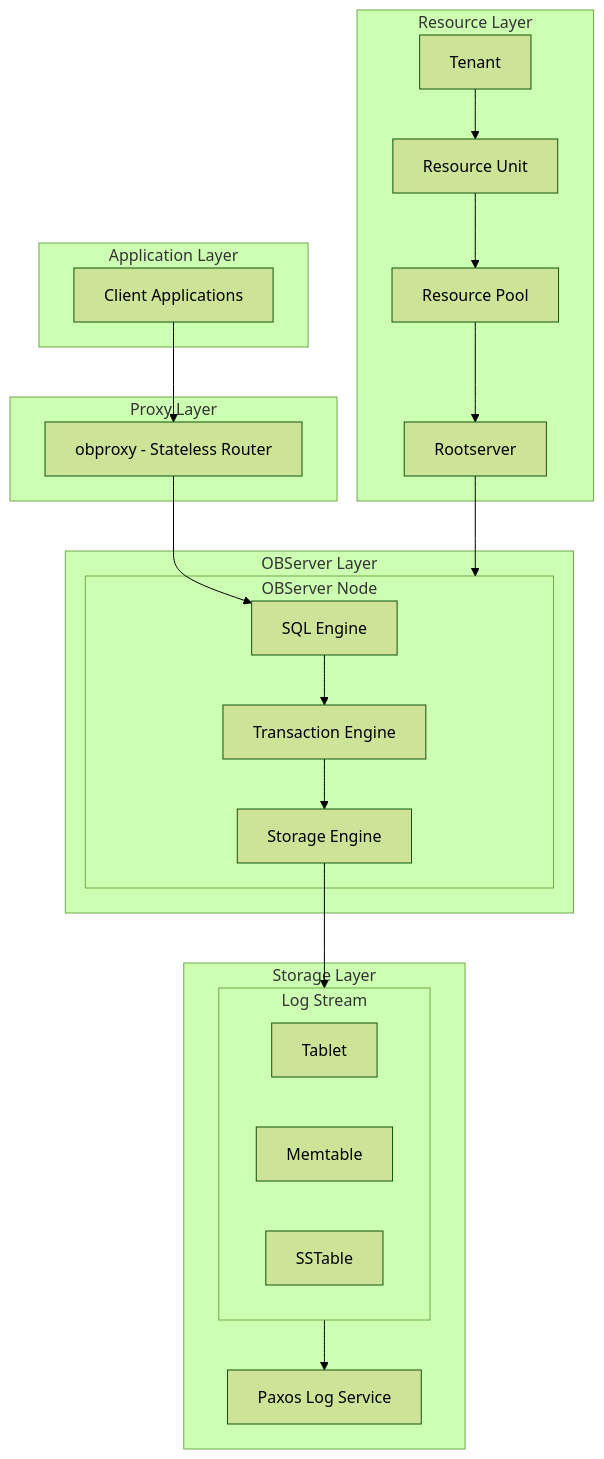
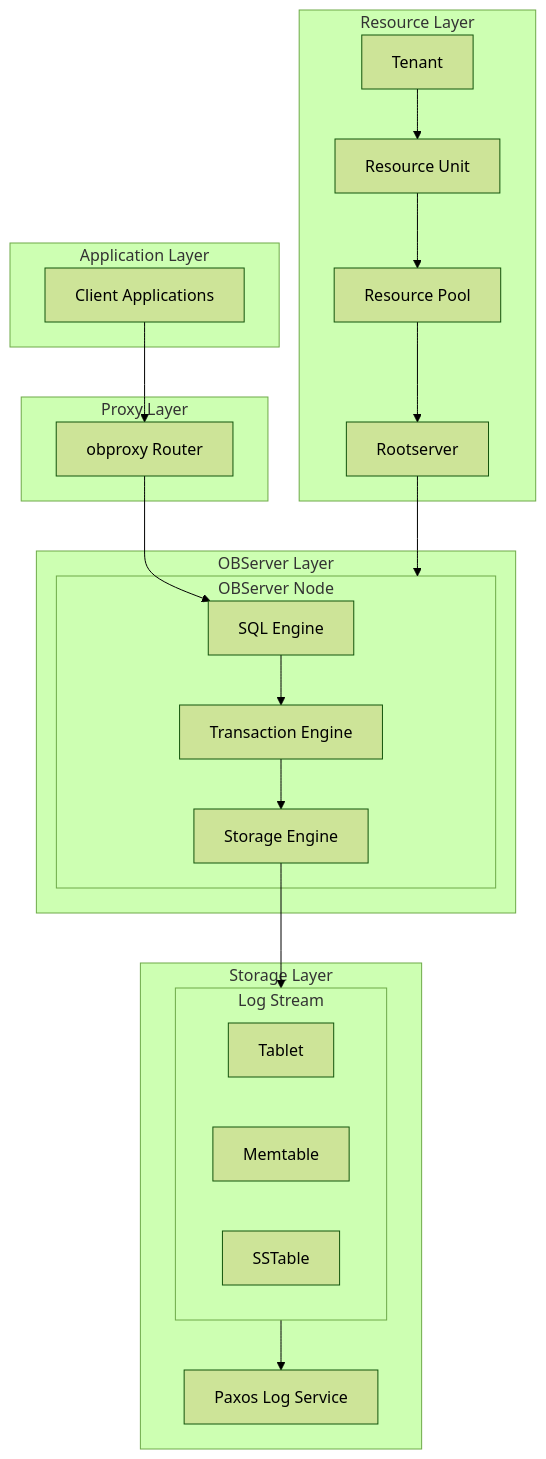
The fourth of 8 diagrams in content/posts/2026-01-17-oceanbase-internals-transaction-replay-sql-unit-placement.md (jackysp/blog), drawn with Mermaid (forest theme) before and after one commit. The commit also changed other lines of this file, not shown here.

````diff
--- a/content/posts/2026-01-17-oceanbase-internals-transaction-replay-sql-unit-placement.md
+++ b/content/posts/2026-01-17-oceanbase-internals-transaction-replay-sql-unit-placement.md
@@ -154,45 +154,45 @@
 ```mermaid
 graph TB
     subgraph App["Application Layer"]
         Client["Client Applications"]
     end
     
     subgraph Proxy["Proxy Layer"]
-        ODP["obproxy - Stateless Router"]
+        ODP["obproxy Router"]
     end
     
     subgraph OBServer["OBServer Layer"]
         subgraph Node["OBServer Node"]
             SQL["SQL Engine"]
             TX["Transaction Engine"]
             ST["Storage Engine"]
         end
     end
     
     subgraph Storage["Storage Layer"]
         subgraph LS["Log Stream"]
             Tablet["Tablet"]
             Memtable["Memtable"]
             SSTable["SSTable"]
         end
         Palf["Paxos Log Service"]
     end
     
     subgraph Resource["Resource Layer"]
         Tenant["Tenant"]
         Unit["Resource Unit"]
         Pool["Resource Pool"]
         RS["Rootserver"]
     end
     
     Client --> ODP
     ODP --> SQL
     SQL --> TX
     TX --> ST
     ST --> LS
     LS --> Palf
     Tenant --> Unit
     Unit --> Pool
     Pool --> RS
     RS --> Node
 ```
````
